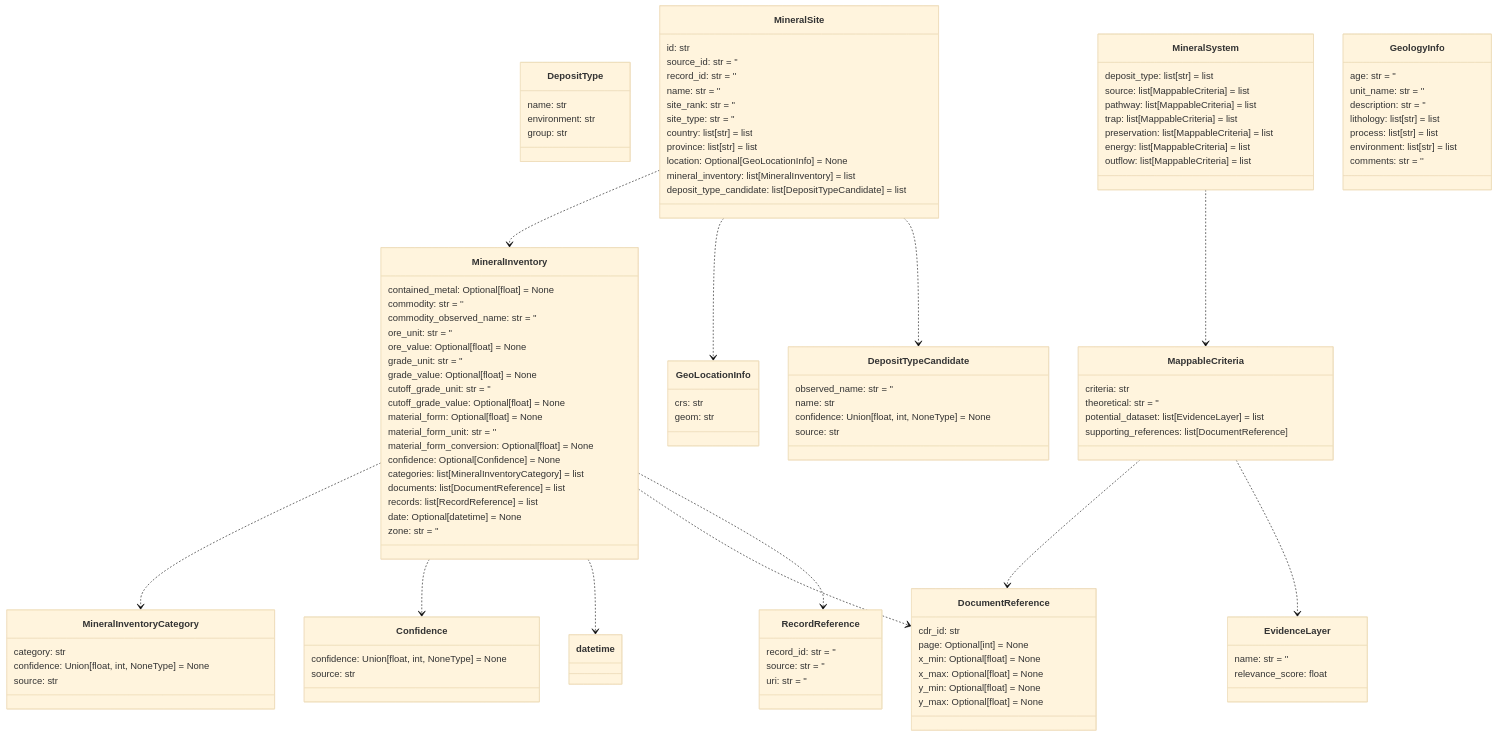
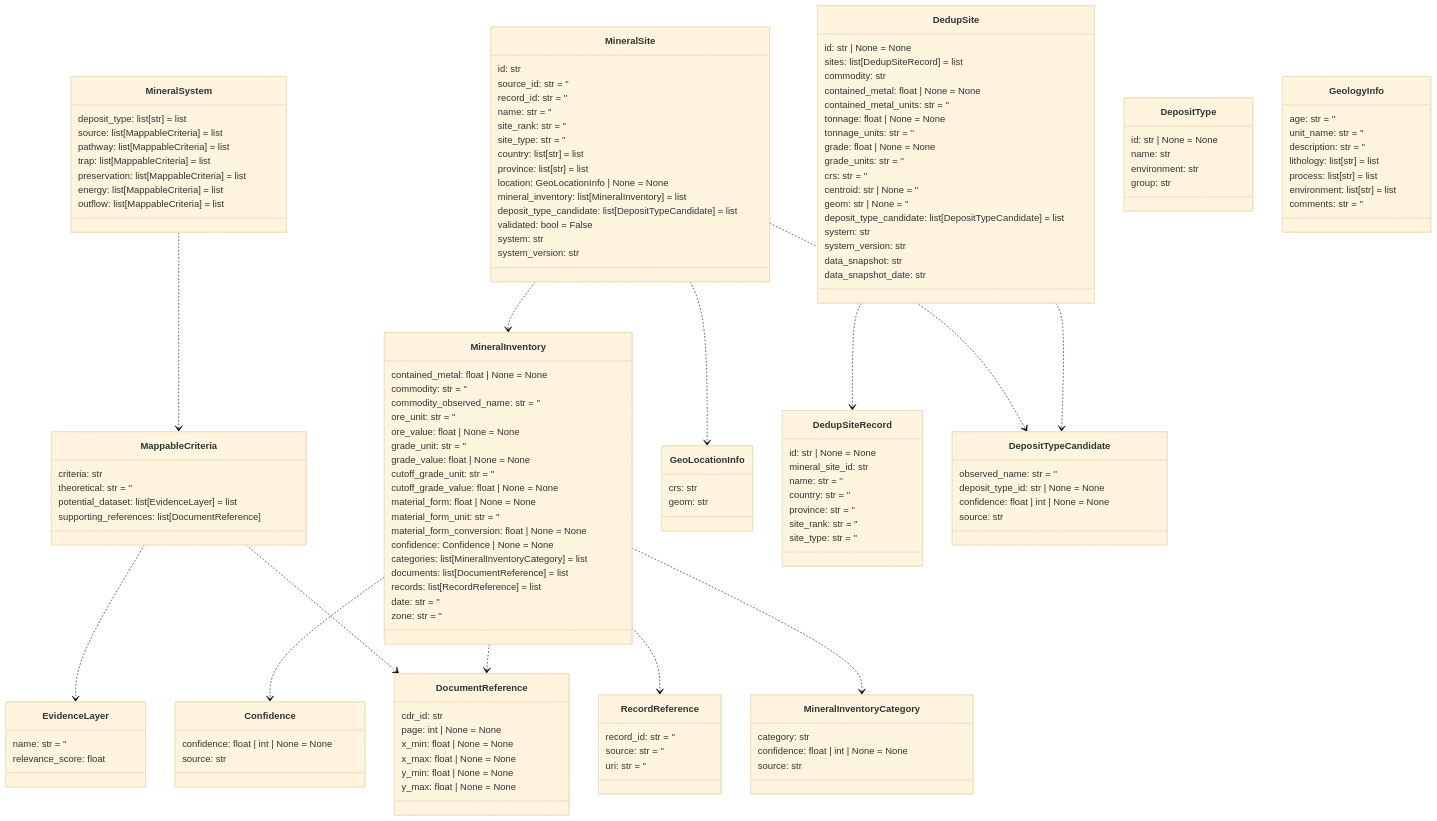
Before and after one commit to DARPA-CRITICALMAAS/cdr_schemas: the tenth of 14 diagrams in README.md, drawn with Mermaid (base theme). The commit also changed other lines of this file and 4 other files, not shown here.

````diff
--- a/README.md
+++ b/README.md
@@ -765,72 +765,5 @@
 ```mermaid
 classDiagram
-
-    class MineralInventory {
-        contained_metal: Optional[float] = None
-        commodity: str = ''
-        commodity_observed_name: str = ''
-        ore_unit: str = ''
-        ore_value: Optional[float] = None
-        grade_unit: str = ''
-        grade_value: Optional[float] = None
-        cutoff_grade_unit: str = ''
-        cutoff_grade_value: Optional[float] = None
-        material_form: Optional[float] = None
-        material_form_unit: str = ''
-        material_form_conversion: Optional[float] = None
-        confidence: Optional[Confidence] = None
-        categories: list[MineralInventoryCategory] = list
-        documents: list[DocumentReference] = list
-        records: list[RecordReference] = list
-        date: Optional[datetime] = None
-        zone: str = ''
-    }
-
-    class DepositTypeCandidate {
-        observed_name: str = ''
-        name: str
-        confidence: Union[float, int, NoneType] = None
-        source: str
-    }
-
-    class RecordReference {
-        record_id: str = ''
-        source: str = ''
-        uri: str = ''
-    }
-
-    class EvidenceLayer {
-        name: str = ''
-        relevance_score: float
-    }
-
-    class MappableCriteria {
-        criteria: str
-        theoretical: str = ''
-        potential_dataset: list[EvidenceLayer] = list
-        supporting_references: list[DocumentReference]
-    }
-
-    class DocumentReference {
-        cdr_id: str
-        page: Optional[int] = None
-        x_min: Optional[float] = None
-        x_max: Optional[float] = None
-        y_min: Optional[float] = None
-        y_max: Optional[float] = None
-    }
-
-    class DepositType {
-        name: str
-        environment: str
-        group: str
-    }
-
-    class MineralInventoryCategory {
-        category: str
-        confidence: Union[float, int, NoneType] = None
-        source: str
-    }
 
     class MineralSite {
         id: str
@@ -841,9 +774,93 @@
         site_type: str = ''
         country: list[str] = list
         province: list[str] = list
-        location: Optional[GeoLocationInfo] = None
+        location: GeoLocationInfo | None = None
         mineral_inventory: list[MineralInventory] = list
         deposit_type_candidate: list[DepositTypeCandidate] = list
+        validated: bool = False
+        system: str
+        system_version: str
+    }
+
+    class DedupSite {
+        id: str | None = None
+        sites: list[DedupSiteRecord] = list
+        commodity: str
+        contained_metal: float | None = None
+        contained_metal_units: str = ''
+        tonnage: float | None = None
+        tonnage_units: str = ''
+        grade: float | None = None
+        grade_units: str = ''
+        crs: str = ''
+        centroid: str | None = ''
+        geom: str | None = ''
+        deposit_type_candidate: list[DepositTypeCandidate] = list
+        system: str
+        system_version: str
+        data_snapshot: str
+        data_snapshot_date: str
+    }
+
+    class Confidence {
+        confidence: float | int | None = None
+        source: str
+    }
+
+    class MineralInventory {
+        contained_metal: float | None = None
+        commodity: str = ''
+        commodity_observed_name: str = ''
+        ore_unit: str = ''
+        ore_value: float | None = None
+        grade_unit: str = ''
+        grade_value: float | None = None
+        cutoff_grade_unit: str = ''
+        cutoff_grade_value: float | None = None
+        material_form: float | None = None
+        material_form_unit: str = ''
+        material_form_conversion: float | None = None
+        confidence: Confidence | None = None
+        categories: list[MineralInventoryCategory] = list
+        documents: list[DocumentReference] = list
+        records: list[RecordReference] = list
+        date: str = ''
+        zone: str = ''
+    }
+
+    class MappableCriteria {
+        criteria: str
+        theoretical: str = ''
+        potential_dataset: list[EvidenceLayer] = list
+        supporting_references: list[DocumentReference]
+    }
+
+    class GeoLocationInfo {
+        crs: str
+        geom: str
+    }
+
+    class DedupSiteRecord {
+        id: str | None = None
+        mineral_site_id: str
+        name: str = ''
+        country: str = ''
+        province: str = ''
+        site_rank: str = ''
+        site_type: str = ''
+    }
+
+    class RecordReference {
+        record_id: str = ''
+        source: str = ''
+        uri: str = ''
+    }
+
+    class DepositTypeCandidate {
+        observed_name: str = ''
+        deposit_type_id: str | None = None
+        confidence: float | int | None = None
+        source: str
     }
 
     class MineralSystem {
@@ -856,14 +873,31 @@
         outflow: list[MappableCriteria] = list
     }
 
-    class Confidence {
-        confidence: Union[float, int, NoneType] = None
+    class EvidenceLayer {
+        name: str = ''
+        relevance_score: float
+    }
+
+    class MineralInventoryCategory {
+        category: str
+        confidence: float | int | None = None
         source: str
     }
 
-    class GeoLocationInfo {
-        crs: str
-        geom: str
+    class DocumentReference {
+        cdr_id: str
+        page: int | None = None
+        x_min: float | None = None
+        x_max: float | None = None
+        y_min: float | None = None
+        y_max: float | None = None
+    }
+
+    class DepositType {
+        id: str | None = None
+        name: str
+        environment: str
+        group: str
     }
 
     class GeologyInfo {
@@ -880,13 +914,14 @@
     MappableCriteria ..> EvidenceLayer
     MineralSystem ..> MappableCriteria
     MineralInventory ..> MineralInventoryCategory
-    MineralInventory ..> Confidence
-    MineralInventory ..> datetime
     MineralInventory ..> DocumentReference
     MineralInventory ..> RecordReference
+    MineralInventory ..> Confidence
+    MineralSite ..> GeoLocationInfo
     MineralSite ..> MineralInventory
-    MineralSite ..> GeoLocationInfo
     MineralSite ..> DepositTypeCandidate
+    DedupSite ..> DedupSiteRecord
+    DedupSite ..> DepositTypeCandidate
 
 
 ```
````
